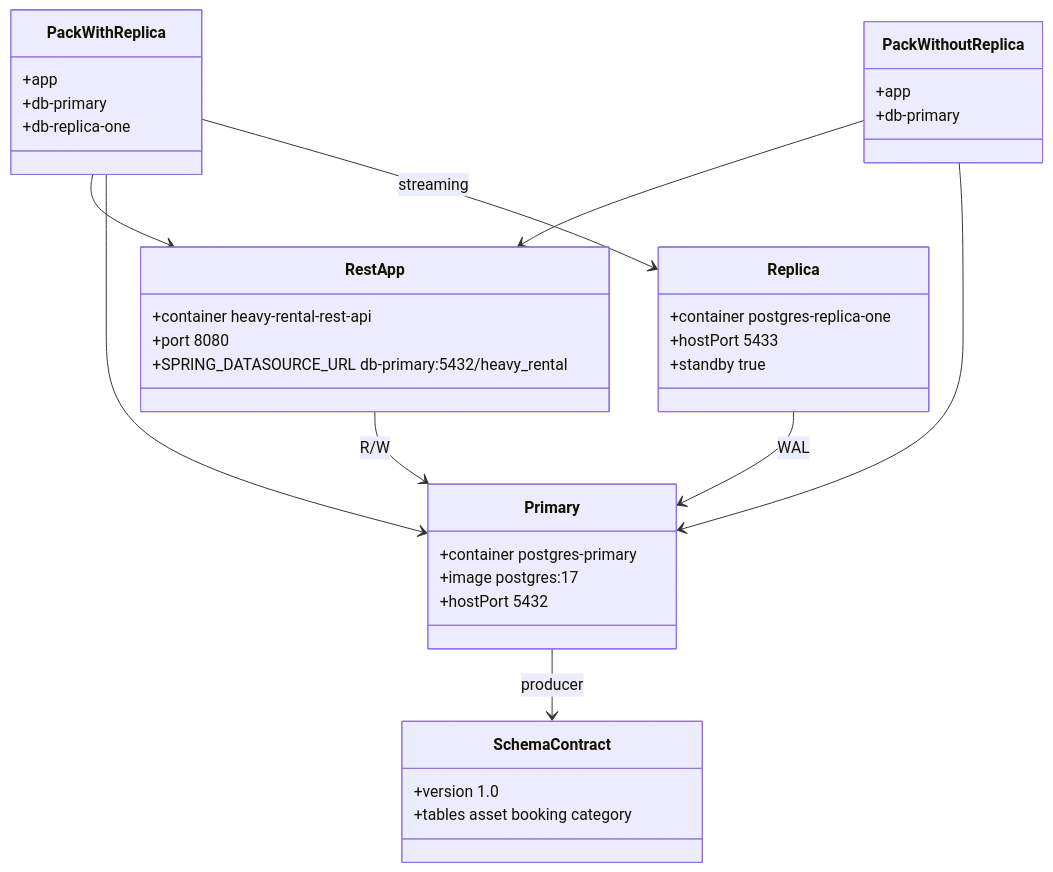
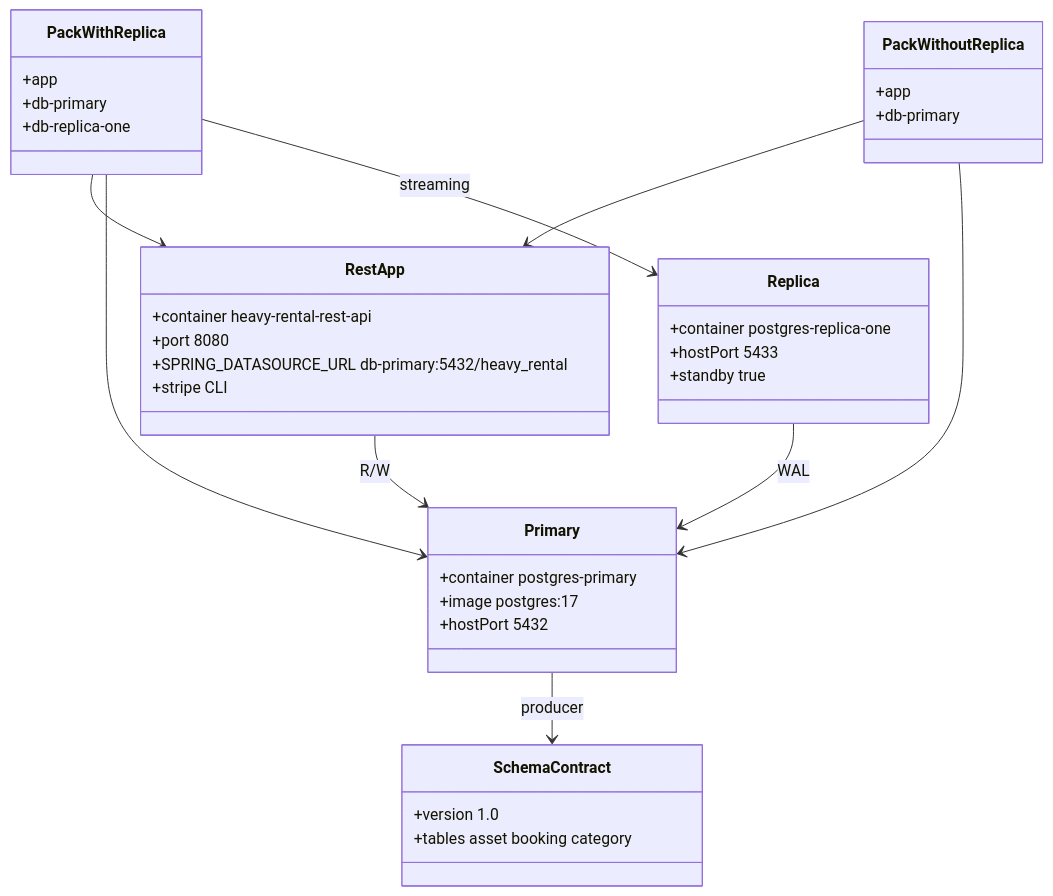
One commit to Heavy-Rental/heavy-rental-devcontainer-configuration changed the diagram in spdd/prompt/rest-api-devcontainer.md. Above: the diagram before and after it, drawn with Mermaid. The commit also changed other lines of this file and 23 other files, not shown here.

First line of the commit message:
HR-212: Add Stripe CLI to Spring Boot REST API Dev Containers (#23)

````diff
--- a/spdd/prompt/rest-api-devcontainer.md
+++ b/spdd/prompt/rest-api-devcontainer.md
@@ -11,40 +12,41 @@
 ```mermaid
 classDiagram
 direction TB
 class PackWithReplica {
   +app
   +db-primary
   +db-replica-one
 }
 class PackWithoutReplica {
   +app
   +db-primary
 }
 class RestApp {
   +container heavy-rental-rest-api
   +port 8080
   +SPRING_DATASOURCE_URL db-primary:5432/heavy_rental
+  +stripe CLI
 }
 class Primary {
   +container postgres-primary
   +image postgres:17
   +hostPort 5432
 }
 class Replica {
   +container postgres-replica-one
   +hostPort 5433
   +standby true
 }
 class SchemaContract {
   +version 1.0
   +tables asset booking category
 }
 PackWithReplica --> RestApp
 PackWithReplica --> Primary
 PackWithReplica --> Replica : streaming
 PackWithoutReplica --> RestApp
 PackWithoutReplica --> Primary
 RestApp --> Primary : R/W
 Replica --> Primary : WAL
 Primary --> SchemaContract : producer
 ```
````
